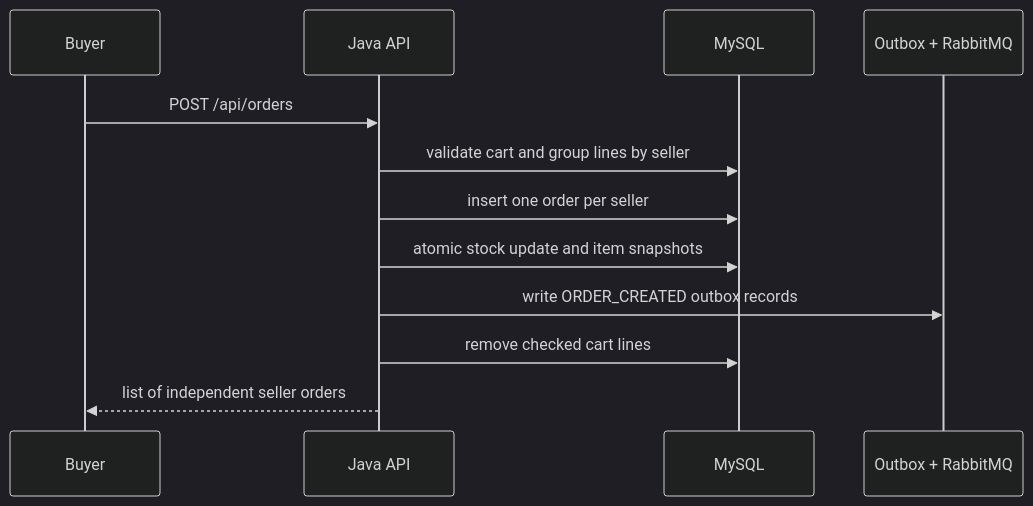
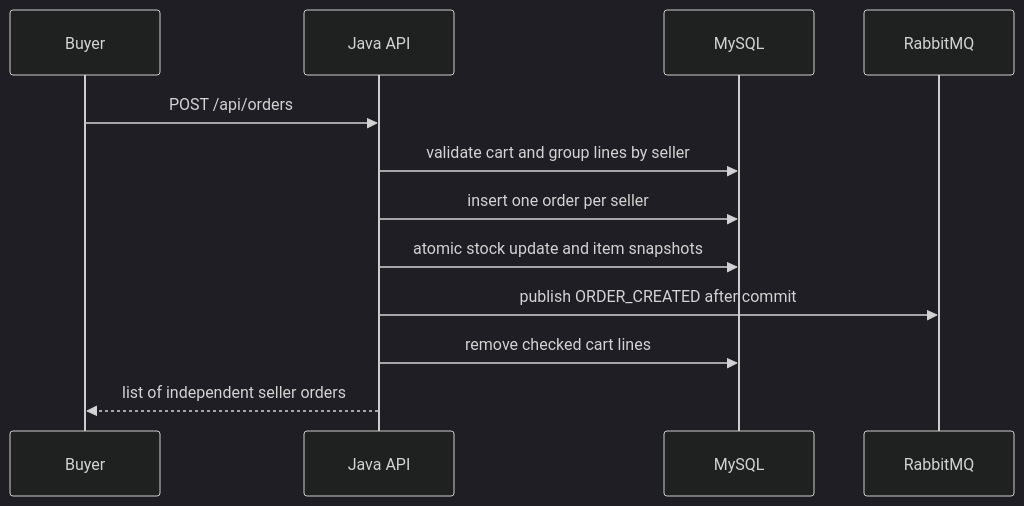
Before and after one commit to simon06817/E-Commerce-Platform: the second of 3 diagrams in docs/architecture.md, drawn with Mermaid (dark theme). The commit also changed other lines of this file and 347 other files, not shown here.

Commit message:
feat: finalize platform architecture and docs

````diff
--- a/docs/architecture.md
+++ b/docs/architecture.md
@@ -34,14 +39,14 @@
 ```mermaid
 sequenceDiagram
     participant B as Buyer
     participant API as Java API
     participant DB as MySQL
-    participant MQ as Outbox + RabbitMQ
+    participant MQ as RabbitMQ
     B->>API: POST /api/orders
     API->>DB: validate cart and group lines by seller
     API->>DB: insert one order per seller
     API->>DB: atomic stock update and item snapshots
-    API->>MQ: write ORDER_CREATED outbox records
+    API->>MQ: publish ORDER_CREATED after commit
     API->>DB: remove checked cart lines
     API-->>B: list of independent seller orders
 ```
````
